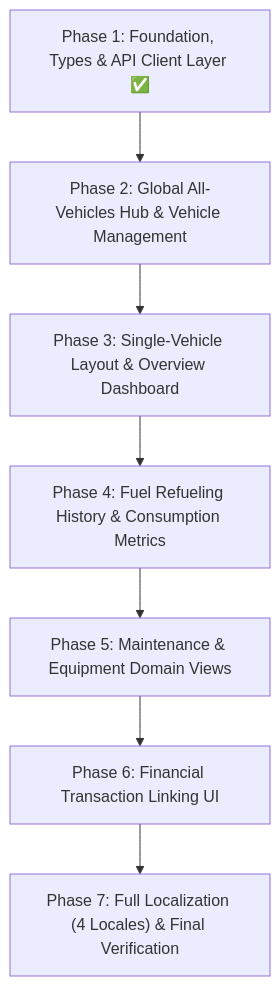
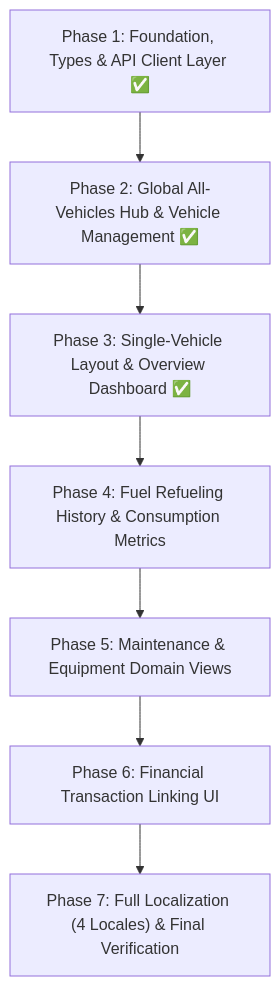
The diagram in docs/VEHICLES_DOMAIN_IMPLEMENTATION_PLAN.md (wojtek960506/finance-tracker-web-v2), drawn with Mermaid before and after one commit. The commit also changed other lines of this file and 32 other files, not shown here.

First line of the commit message:
feat(vehicles): implement vehicle overview dashboard, spending breakdown, and activity feed

````diff
--- a/docs/VEHICLES_DOMAIN_IMPLEMENTATION_PLAN.md
+++ b/docs/VEHICLES_DOMAIN_IMPLEMENTATION_PLAN.md
@@ -77,9 +77,9 @@
 ```mermaid
 flowchart TD
-    P1["Phase 1: Foundation, Types & API Client Layer ✅"] --> P2["Phase 2: Global All-Vehicles Hub & Vehicle Management"]
-    P2 --> P3["Phase 3: Single-Vehicle Layout & Overview Dashboard"]
+    P1["Phase 1: Foundation, Types & API Client Layer ✅"] --> P2["Phase 2: Global All-Vehicles Hub & Vehicle Management ✅"]
+    P2 --> P3["Phase 3: Single-Vehicle Layout & Overview Dashboard ✅"]
     P3 --> P4["Phase 4: Fuel Refueling History & Consumption Metrics"]
     P4 --> P5["Phase 5: Maintenance & Equipment Domain Views"]
     P5 --> P6["Phase 6: Financial Transaction Linking UI"]
     P6 --> P7["Phase 7: Full Localization (4 Locales) & Final Verification"]
 ```
````
